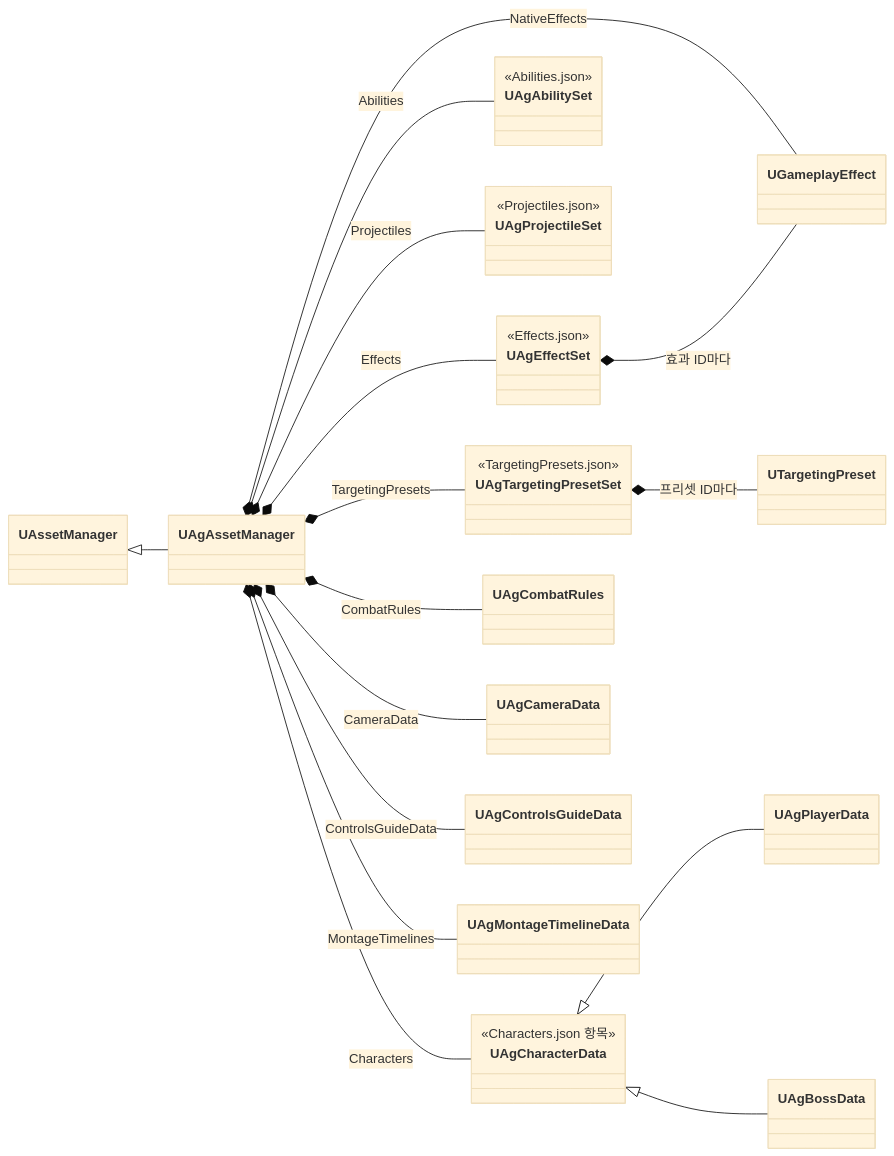
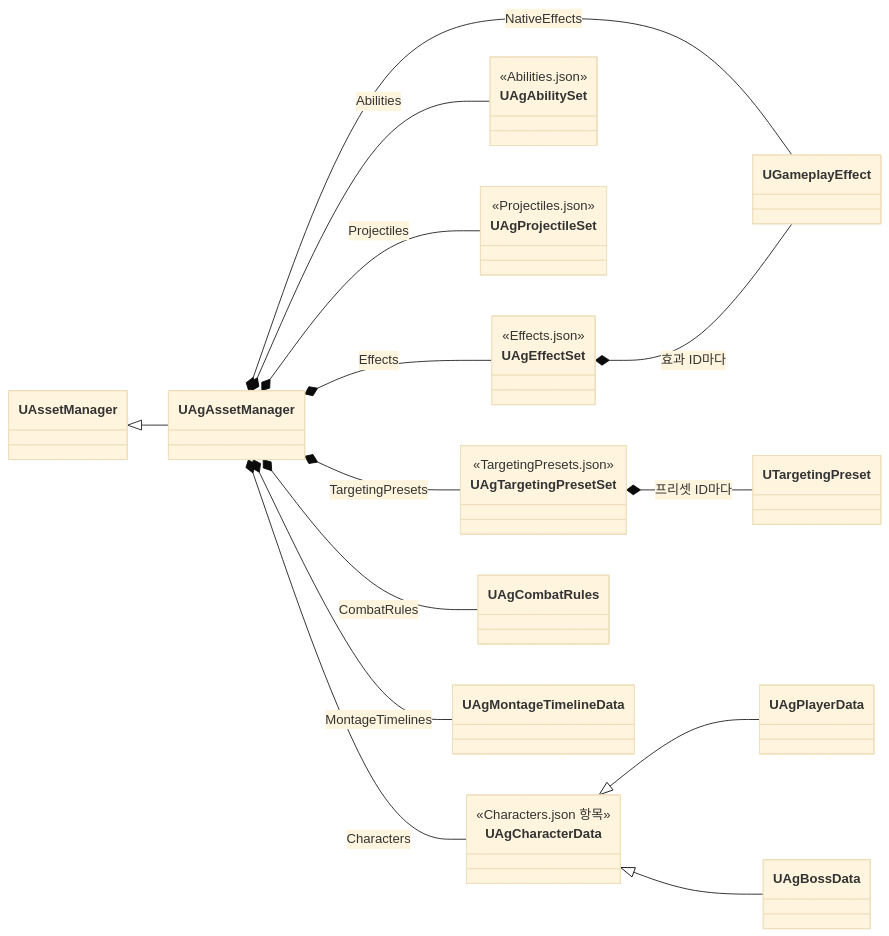
Before and after one commit to Woogl/Ag: the second of 2 diagrams in Docs/Program/JSON 데이터.md, drawn with Mermaid (base theme). The commit also changed other lines of this file and 34 other files, not shown here.

````diff
--- a/Docs/Program/JSON 데이터.md
+++ b/Docs/Program/JSON 데이터.md
@@ -178,34 +167,32 @@
 ```mermaid
 classDiagram
     direction LR
     class UAgEffectSet {
         <<Effects.json>>
     }
     class UAgAbilitySet {
         <<Abilities.json>>
     }
     class UAgProjectileSet {
         <<Projectiles.json>>
     }
     class UAgTargetingPresetSet {
         <<TargetingPresets.json>>
     }
     class UAgCharacterData {
         <<Characters.json 항목>>
     }
     UAssetManager <|-- UAgAssetManager
     UAgAssetManager *-- UAgCombatRules : CombatRules
-    UAgAssetManager *-- UAgCameraData : CameraData
-    UAgAssetManager *-- UAgControlsGuideData : ControlsGuideData
     UAgAssetManager *-- UAgEffectSet : Effects
     UAgAssetManager *-- UGameplayEffect : NativeEffects
     UAgAssetManager *-- UAgProjectileSet : Projectiles
     UAgAssetManager *-- UAgMontageTimelineData : MontageTimelines
     UAgAssetManager *-- UAgTargetingPresetSet : TargetingPresets
     UAgAssetManager *-- UAgAbilitySet : Abilities
     UAgAssetManager *-- UAgCharacterData : Characters
     UAgEffectSet *-- UGameplayEffect : 효과 ID마다
     UAgTargetingPresetSet *-- UTargetingPreset : 프리셋 ID마다
     UAgCharacterData <|-- UAgPlayerData
     UAgCharacterData <|-- UAgBossData
 ```
````
